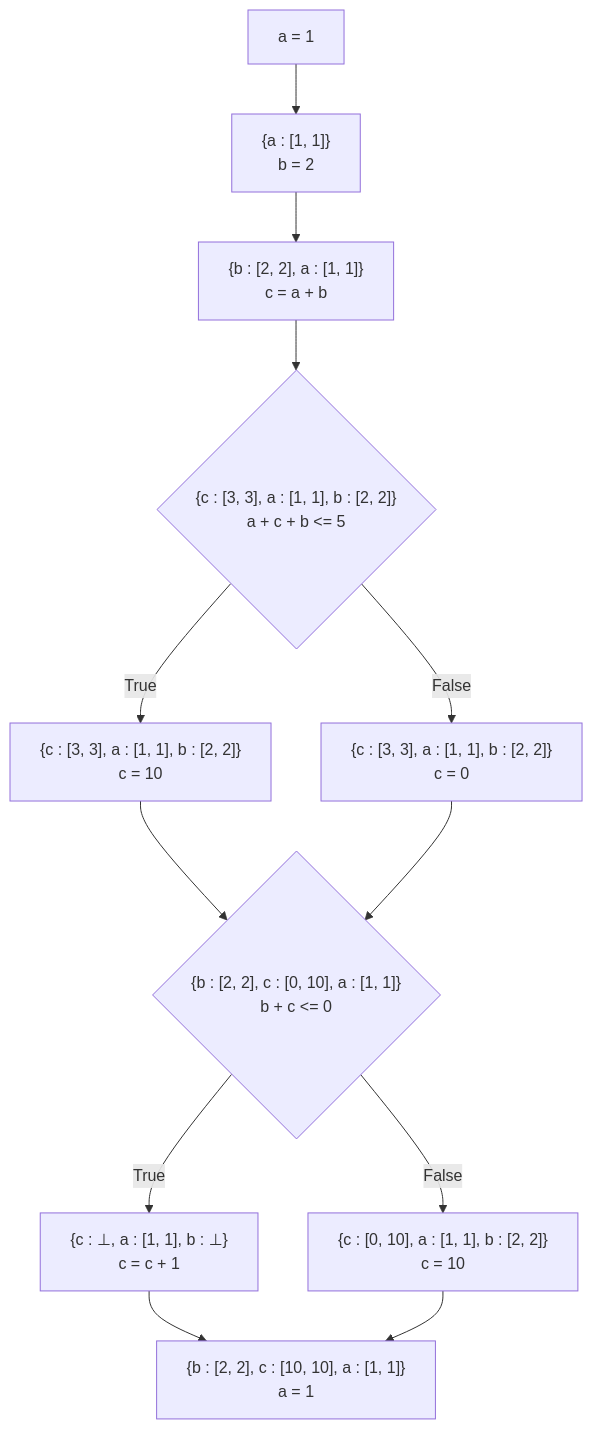
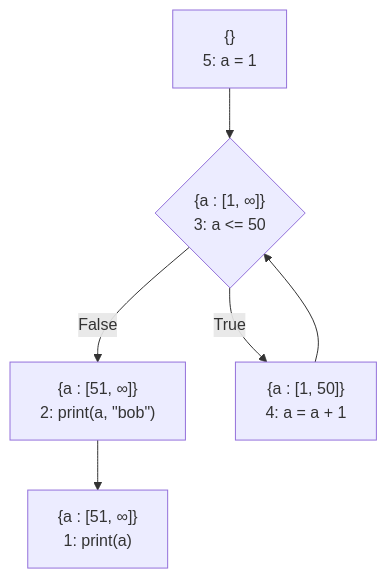
The diagram in traceinspector/test_files/test.md (kookmin-sw/2026-capstone-02), drawn with Mermaid before and after one commit. The commit also changed 6 other files, not shown here.

````diff
--- a/traceinspector/test_files/test.md
+++ b/traceinspector/test_files/test.md
@@ -2,47 +2,27 @@
 ```mermaid
 ---
 config:
     "markdownAutoWrap": false
 ---
 flowchart TD
-3["`{c : ⊥, a : [1, 1], b : ⊥}
-c = c + 1`"]
+4["`{a : [1, 50]}
+4: a = a + 1`"]
 
-4["`{c : [0, 10], a : [1, 1], b : [2, 2]}
-c = 10`"]
+5["`{}
+5: a = 1`"]
 
-6["`{c : [3, 3], a : [1, 1], b : [2, 2]}
-c = 10`"]
+1["`{a : [51, ∞]}
+1: print(a)`"]
 
-7["`{c : [3, 3], a : [1, 1], b : [2, 2]}
-c = 0`"]
+2["`{a : [51, ∞]}
+2: print(a, #34;bob#34;)`"]
 
-8["`{b : [2, 2], a : [1, 1]}
-c = a + b`"]
+3{"`{a : [1, ∞]}
+3: a <= 50`"}
 
-2{"`{b : [2, 2], c : [0, 10], a : [1, 1]}
-b + c <= 0`"}
-
-5{"`{c : [3, 3], a : [1, 1], b : [2, 2]}
-a + c + b <= 5`"}
-
-9["`{a : [1, 1]}
-b = 2`"]
-
-10["`a = 1`"]
-
-1["`{b : [2, 2], c : [10, 10], a : [1, 1]}
-a = 1`"]
-
-3 --> 1
-4 --> 1
-2 -- True --> 3
-2 -- False --> 4
-6 --> 2
-5 -- True --> 6
-5 -- False --> 7
-7 --> 2
-8 --> 5
-9 --> 8
-10 --> 9
+2 --> 1
+4 --> 3
+3 -- True --> 4
+3 -- False --> 2
+5 --> 3
 ```
````
